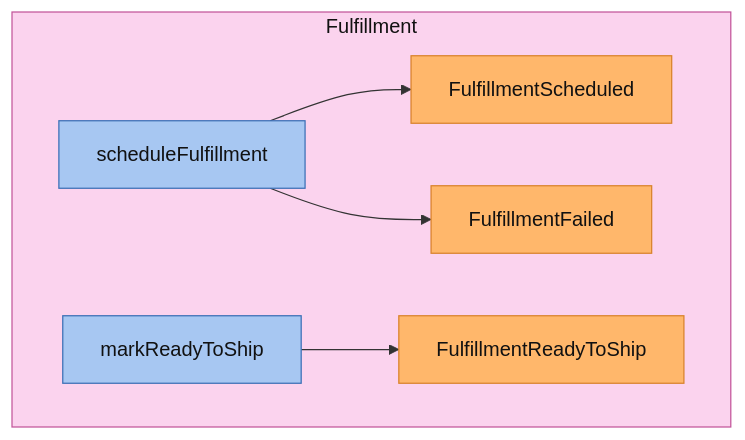
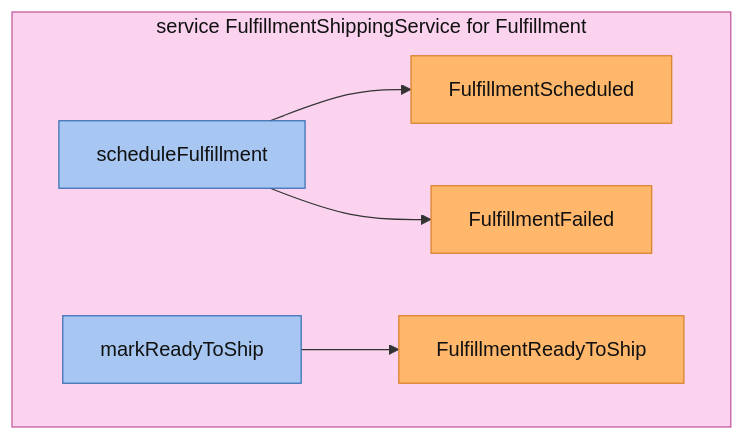
One commit to ZenWave360/dsl-kotlin changed the second of 5 diagrams in dsl-docs/src/commonTest/resources/snapshots/arcadia-modulith/modules/fulfillment-shipping.md. Above: the diagram before and after it, drawn with Mermaid. The commit also changed other lines of this file and 14 other files, not shown here.

Commit message:
feat(views,docs): service box label as in the ZDL, @json field types, one domain events diagram per ZDL

````diff
--- a/dsl-docs/src/commonTest/resources/snapshots/arcadia-modulith/modules/fulfillment-shipping.md
+++ b/dsl-docs/src/commonTest/resources/snapshots/arcadia-modulith/modules/fulfillment-shipping.md
@@ -89,22 +88,22 @@
 ```mermaid
 flowchart LR
   classDef command fill:#a7c7f2,stroke:#3b6fb6,color:#111
   classDef event fill:#ffb76b,stroke:#d9822b,color:#111
-  subgraph agg_Fulfillment["Fulfillment"]
+  subgraph agg_FulfillmentShippingService["service FulfillmentShippingService for Fulfillment"]
     direction LR
     cmd_scheduleFulfillment["scheduleFulfillment"]
     cmd_markReadyToShip["markReadyToShip"]
     evt_FulfillmentScheduled["FulfillmentScheduled"]
     evt_FulfillmentFailed["FulfillmentFailed"]
     evt_FulfillmentReadyToShip["FulfillmentReadyToShip"]
   end
-  style agg_Fulfillment fill:#fbd3ee,stroke:#c2569b,color:#111
+  style agg_FulfillmentShippingService fill:#fbd3ee,stroke:#c2569b,color:#111
   class cmd_scheduleFulfillment command
   class cmd_markReadyToShip command
   class evt_FulfillmentScheduled event
   class evt_FulfillmentFailed event
   class evt_FulfillmentReadyToShip event
   cmd_scheduleFulfillment --> evt_FulfillmentScheduled
   cmd_scheduleFulfillment --> evt_FulfillmentFailed
   cmd_markReadyToShip --> evt_FulfillmentReadyToShip
 ```
````
